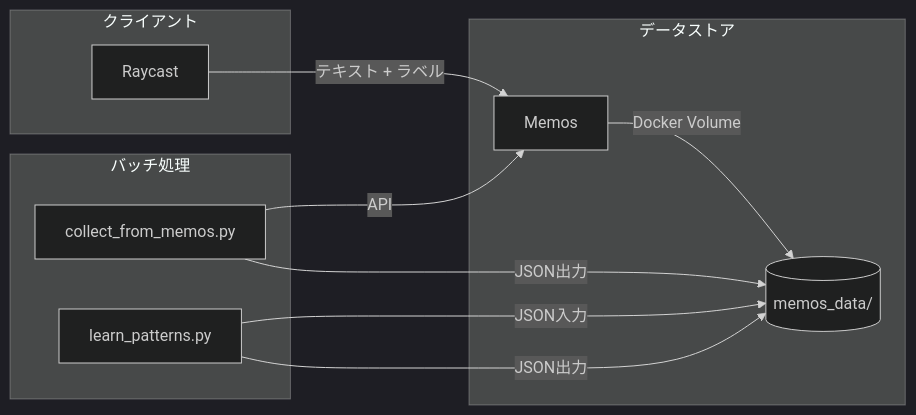
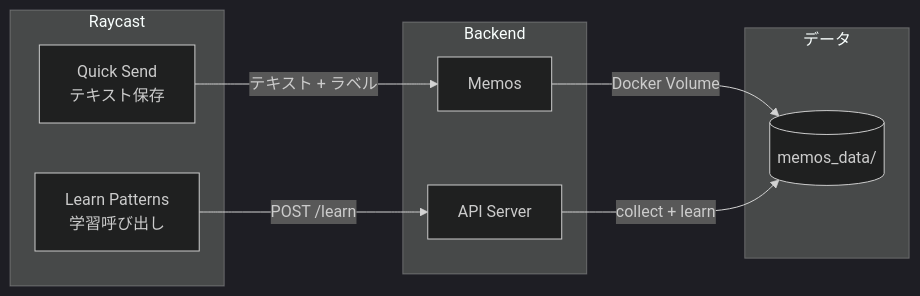
One commit to AobaIwaki123/quick-send changed the first of 2 diagrams in ARCHITECTURE.md. Above: the diagram before and after it, drawn with Mermaid (dark theme). The commit also changed other lines of this file, not shown here.

````diff
--- a/ARCHITECTURE.md
+++ b/ARCHITECTURE.md
@@ -9,23 +9,21 @@
 ```mermaid
 graph LR
-    subgraph "クライアント"
-        R[Raycast]
+    subgraph "Raycast"
+        R1[Quick Send<br/>テキスト保存]
+        R2[Learn Patterns<br/>学習呼び出し]
     end
     
-    subgraph "データストア"
+    subgraph "Backend"
         M[Memos]
+        API[API Server]
+    end
+    
+    subgraph "データ"
         D[(memos_data/)]
     end
     
-    subgraph "バッチ処理"
-        C[collect_from_memos.py]
-        L[learn_patterns.py]
-    end
-    
-    R -->|"テキスト + ラベル"| M
+    R1 -->|"テキスト + ラベル"| M
+    R2 -->|POST /learn| API
     M -->|Docker Volume| D
-    C -->|API| M
-    C -->|JSON出力| D
-    L -->|JSON入力| D
-    L -->|JSON出力| D
+    API -->|collect + learn| D
 ```
````
